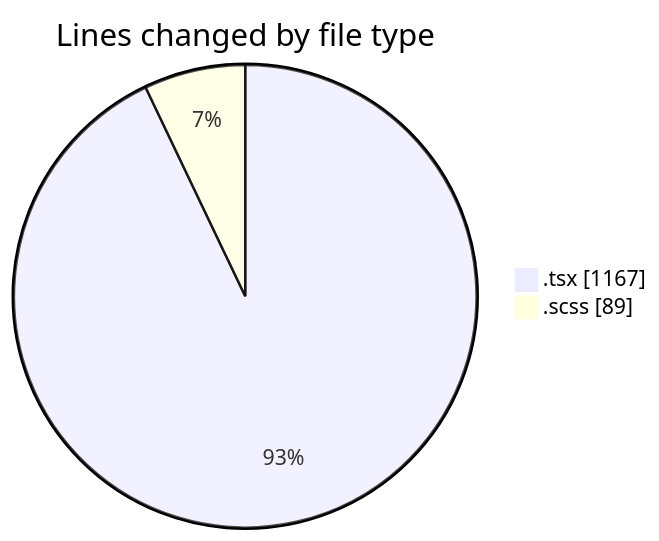
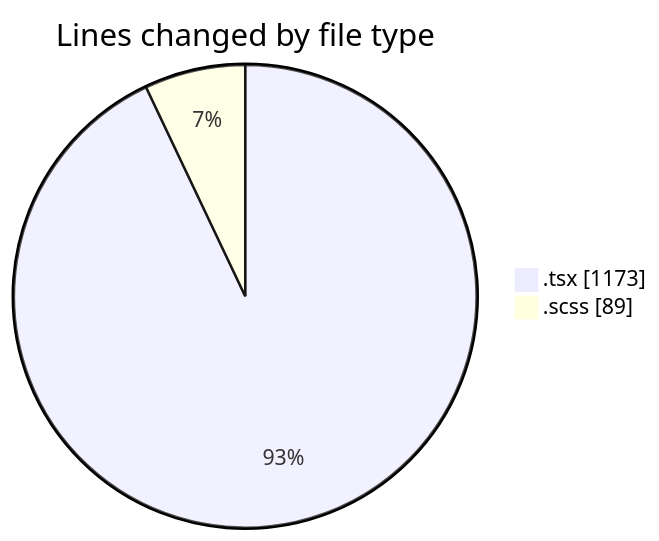
One commit to momahboobian/code-tracking changed the first of 2 diagrams in 2025-06-17/cda/README.md. Above: the diagram before and after it, drawn with Mermaid. The commit also changed other lines of this file and 1 other file, not shown here.

````diff
--- a/2025-06-17/cda/README.md
+++ b/2025-06-17/cda/README.md
@@ -23,6 +23,6 @@
 ```mermaid
 pie showData
 title Lines changed by file type
-".tsx" : 1167
+".tsx" : 1173
 ".scss" : 89
 ```
````
